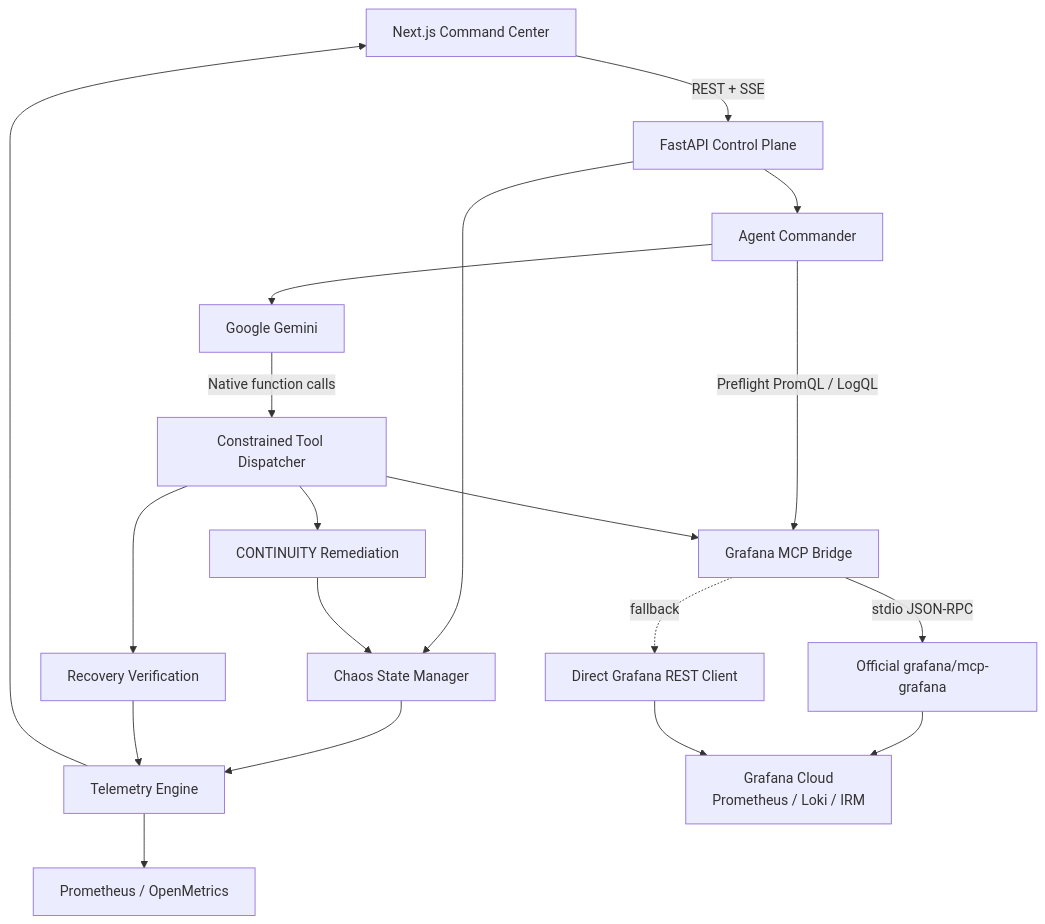
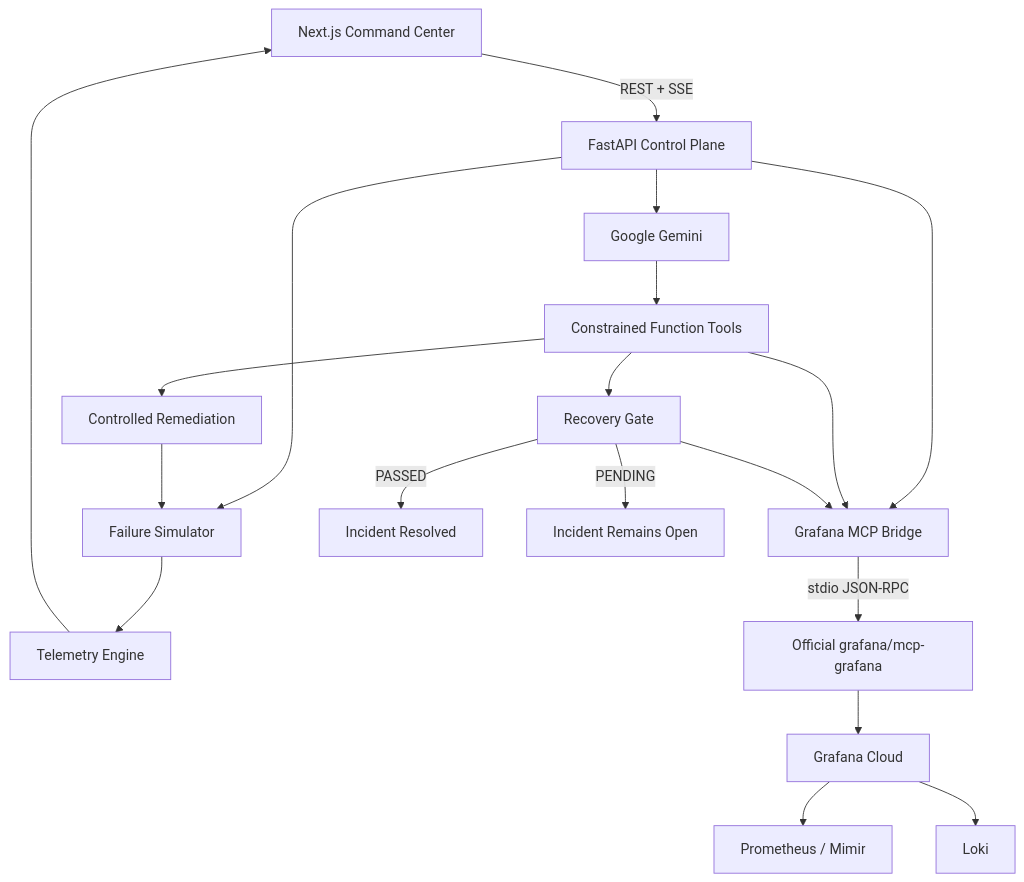
Before and after one commit to bobybarack/continuity-sre: the diagram in README.md, drawn with Mermaid. The commit also changed other lines of this file, not shown here.

Commit message:
docs(readme): replace planning diary with technical architecture and prototype disclosure

````diff
--- a/README.md
+++ b/README.md
@@ -83,21 +80,38 @@
 ```mermaid
 flowchart TD
-    UI["Next.js Command Center"] -->|"REST + SSE"| API["FastAPI Control Plane"]
-    API --> CHAOS["Chaos State Manager"]
-    CHAOS --> TELEMETRY["Telemetry Engine"]
-    TELEMETRY --> METRICS["Prometheus / OpenMetrics"]
+    UI["Next.js Command Center"]
+    API["FastAPI Control Plane"]
+    CHAOS["Failure Simulator"]
+    TELEMETRY["Telemetry Engine"]
+    GEMINI["Google Gemini"]
+    TOOLS["Constrained Function Tools"]
+    BRIDGE["Grafana MCP Bridge"]
+    MCP["Official grafana/mcp-grafana"]
+    GRAFANA["Grafana Cloud"]
+    PROM["Prometheus / Mimir"]
+    LOKI["Loki"]
+    ACTION["Controlled Remediation"]
+    VERIFY["Recovery Gate"]
+
+    UI -->|"REST + SSE"| API
+    API --> CHAOS
+    CHAOS --> TELEMETRY
     TELEMETRY --> UI
-    API --> AGENT["Agent Commander"]
-    AGENT -->|"Preflight PromQL / LogQL"| BRIDGE["Grafana MCP Bridge"]
-    BRIDGE -->|"stdio JSON-RPC"| MCP["Official grafana/mcp-grafana"]
-    MCP --> GRAFANA["Grafana Cloud<br/>Prometheus / Loki / IRM"]
-    BRIDGE -. "fallback" .-> REST["Direct Grafana REST Client"]
-    REST --> GRAFANA
-    AGENT --> GEMINI["Google Gemini"]
-    GEMINI -->|"Native function calls"| DISPATCH["Constrained Tool Dispatcher"]
-    DISPATCH --> BRIDGE
-    DISPATCH --> REMEDIATE["CONTINUITY Remediation"]
-    DISPATCH --> VERIFY["Recovery Verification"]
-    REMEDIATE --> CHAOS
-    VERIFY --> TELEMETRY
+
+    API --> BRIDGE
+    BRIDGE -->|"stdio JSON-RPC"| MCP
+    MCP --> GRAFANA
+    GRAFANA --> PROM
+    GRAFANA --> LOKI
+
+    API --> GEMINI
+    GEMINI --> TOOLS
+    TOOLS --> BRIDGE
+    TOOLS --> ACTION
+    TOOLS --> VERIFY
+
+    ACTION --> CHAOS
+    VERIFY --> BRIDGE
+    VERIFY -->|"PASSED"| RESOLVED["Incident Resolved"]
+    VERIFY -->|"PENDING"| OPEN["Incident Remains Open"]
 ```
````
